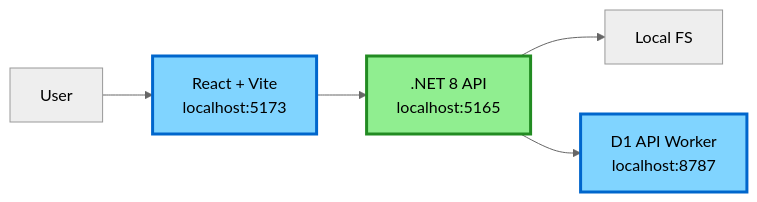
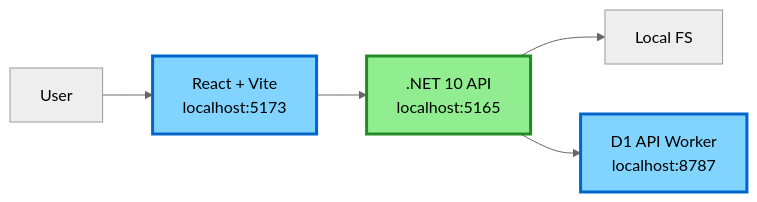
The second of 2 diagrams in docs/DEVELOPMENT.md (ucdavis/accessible-pdf-rocky), drawn with Mermaid (neutral theme) before and after one commit. The commit also changed other lines of this file and 15 other files, not shown here.

````diff
--- a/docs/DEVELOPMENT.md
+++ b/docs/DEVELOPMENT.md
@@ -28,11 +28,11 @@
 ```mermaid
 flowchart LR
     A[User] --> B[React + Vite<br/>localhost:5173]
-    B --> C[.NET 8 API<br/>localhost:5165]
+    B --> C[.NET 10 API<br/>localhost:5165]
     C --> D[Local FS]
     C --> E[D1 API Worker<br/>localhost:8787]
     
     style B fill:#80d4ff,stroke:#0066cc,stroke-width:3px,color:#000
     style C fill:#90ee90,stroke:#228b22,stroke-width:3px,color:#000
     style E fill:#80d4ff,stroke:#0066cc,stroke-width:3px,color:#000
 ```
````
